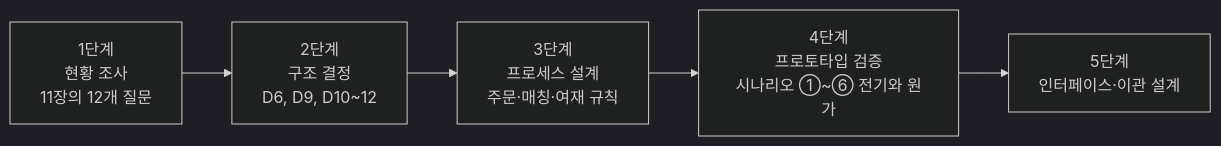
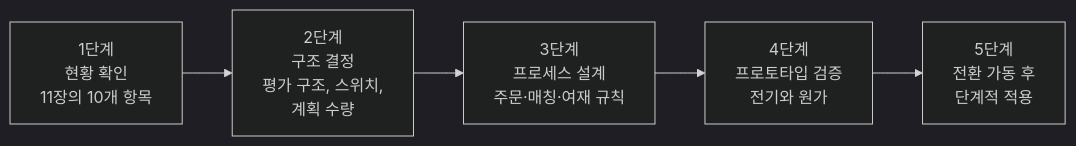
Before and after one commit to donseok/mes-to-be-doc: diagram 11 of 11 in docs/mto-mts-hybrid-analysis.md, drawn with Mermaid (dark theme). The commit also changed other lines of this file and 6 other files, not shown here.

````diff
--- a/docs/mto-mts-hybrid-analysis.md
+++ b/docs/mto-mts-hybrid-analysis.md
@@ -565,7 +561,7 @@
 ```mermaid
 flowchart LR
-  P1["1단계<br/>현황 조사<br/>11장의 12개 질문"] --> P2["2단계<br/>구조 결정<br/>D6, D9, D10~12"]
+  P1["1단계<br/>현황 확인<br/>11장의 10개 항목"] --> P2["2단계<br/>구조 결정<br/>평가 구조, 스위치,<br/>계획 수량"]
   P2 --> P3["3단계<br/>프로세스 설계<br/>주문·매칭·여재 규칙"]
-  P3 --> P4["4단계<br/>프로토타입 검증<br/>시나리오 ①~⑥ 전기와 원가"]
-  P4 --> P5["5단계<br/>인터페이스·이관 설계"]
+  P3 --> P4["4단계<br/>프로토타입 검증<br/>전기와 원가"]
+  P4 --> P5["5단계<br/>전환 가동 후<br/>단계적 적용"]
 ```
````
